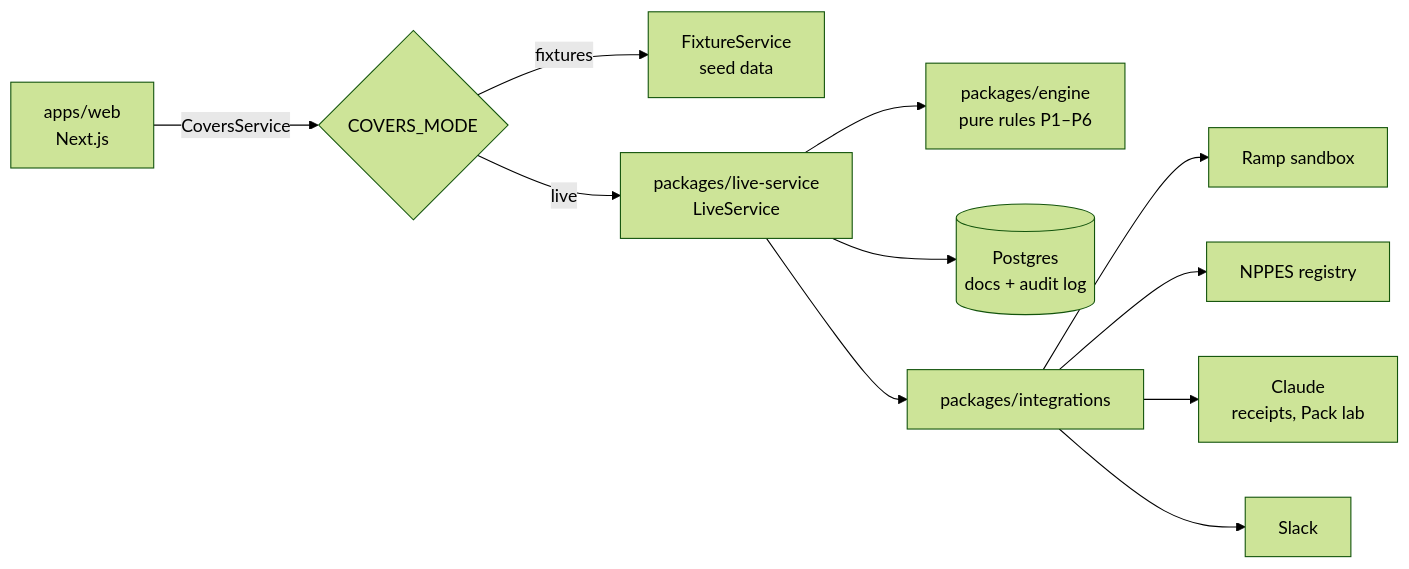
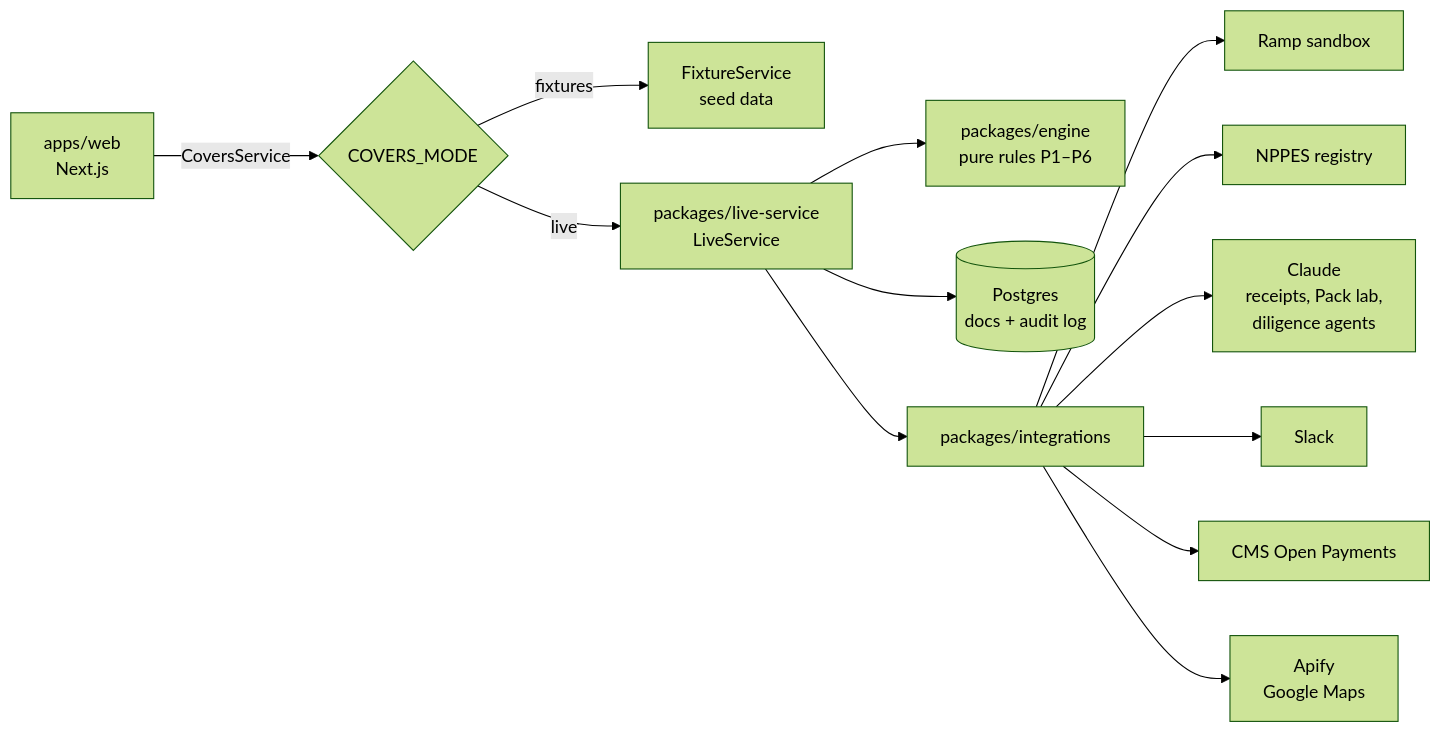
Before and after one commit to coDickerson/covers-demo: the second of 2 diagrams in README.md, drawn with Mermaid (forest theme). The commit also changed other lines of this file and 7 other files, not shown here.

First line of the commit message:
Agents view in the app: watch the diligence crew work live; backtest results in the README

````diff
--- a/README.md
+++ b/README.md
@@ -97,13 +146,15 @@
 ```mermaid
 flowchart LR
   web["apps/web<br/>Next.js"] -->|CoversService| svc{COVERS_MODE}
   svc -->|fixtures| fx["FixtureService<br/>seed data"]
   svc -->|live| live["packages/live-service<br/>LiveService"]
   live --> engine["packages/engine<br/>pure rules P1–P6"]
   live --> db[("Postgres<br/>docs + audit log")]
   live --> int["packages/integrations"]
   int --> ramp["Ramp sandbox"]
   int --> nppes["NPPES registry"]
-  int --> claude["Claude<br/>receipts, Pack lab"]
+  int --> claude["Claude<br/>receipts, Pack lab,<br/>diligence agents"]
   int --> slack["Slack"]
+  int --> cms["CMS Open Payments"]
+  int --> apify["Apify<br/>Google Maps"]
 ```
````
